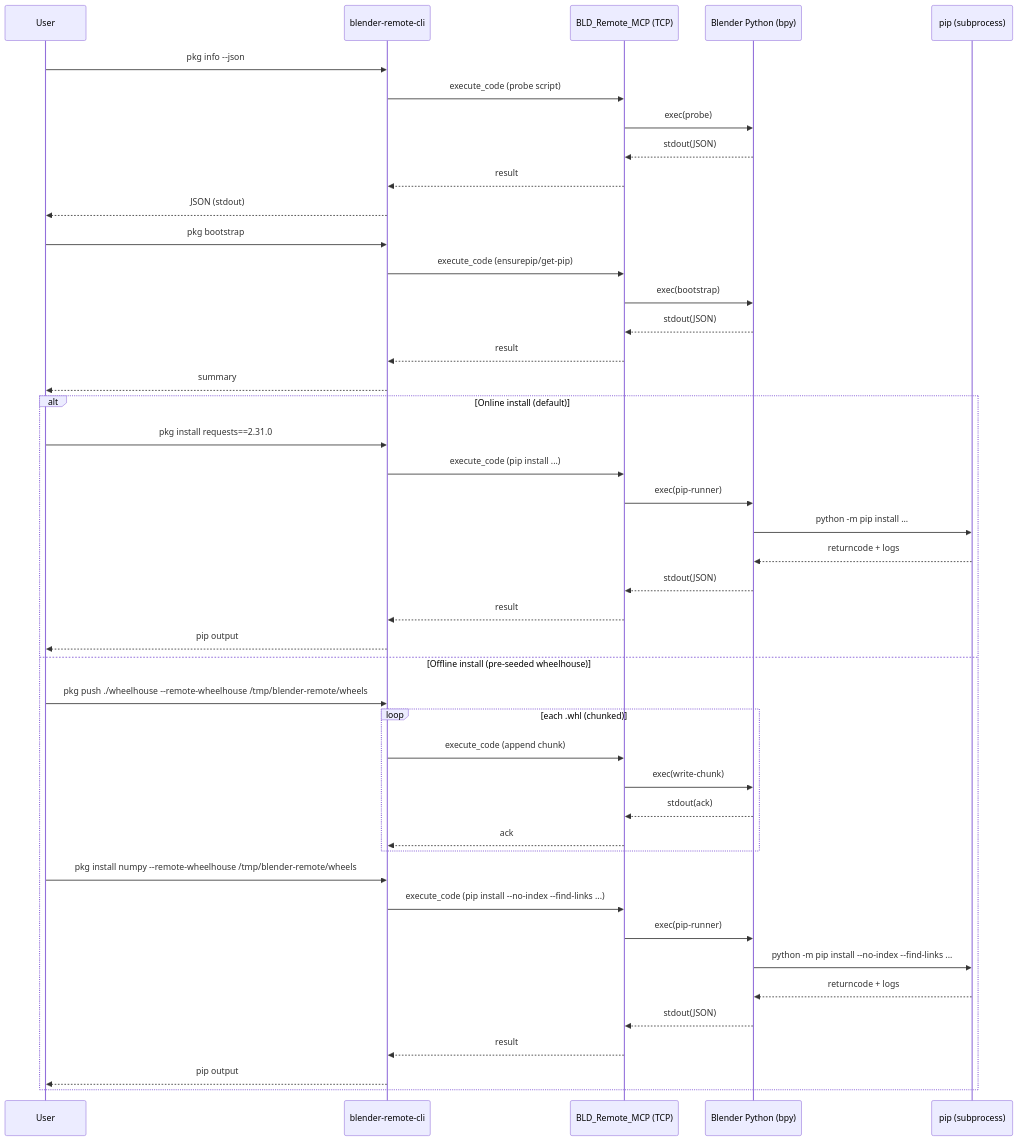
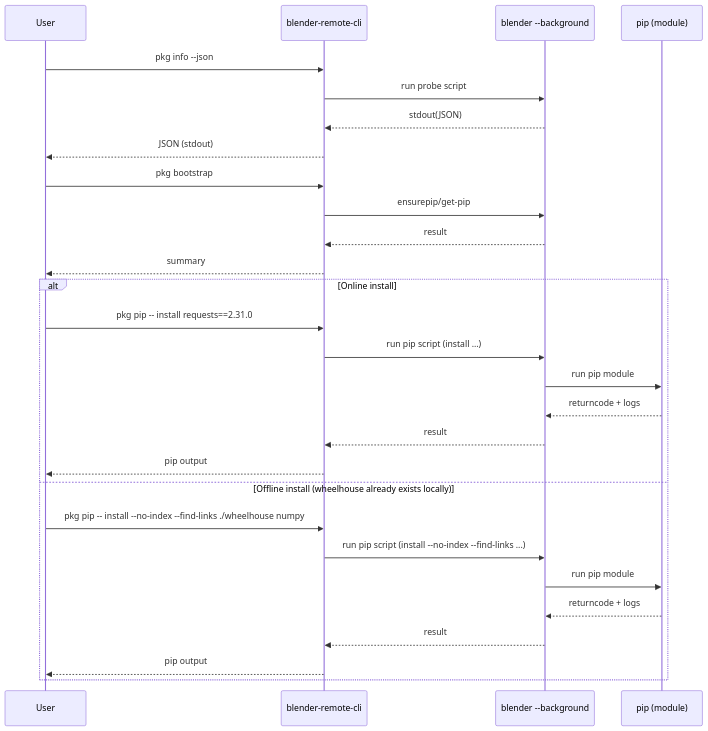
Before and after one commit to igamenovoer/blender-remote: the diagram in context/plans/plan-remote-package-installation-cli.md, drawn with Mermaid. The commit also changed other lines of this file and 25 other files, not shown here.

Commit message:
feat(cli): re-scope pkg to local blender background runs

````diff
--- a/context/plans/plan-remote-package-installation-cli.md
+++ b/context/plans/plan-remote-package-installation-cli.md
@@ -93,49 +72,33 @@
 ```mermaid
 sequenceDiagram
     participant User
     participant CLI as blender-remote-cli
-    participant MCP as BLD_Remote_MCP (TCP)
-    participant Blender as Blender Python (bpy)
-    participant Pip as pip (subprocess)
+    participant Blender as blender --background
+    participant Pip as pip (module)
 
     User->>CLI: pkg info --json
-    CLI->>MCP: execute_code (probe script)
-    MCP->>Blender: exec(probe)
-    Blender-->>MCP: stdout(JSON)
-    MCP-->>CLI: result
+    CLI->>Blender: run probe script
+    Blender-->>CLI: stdout(JSON)
     CLI-->>User: JSON (stdout)
 
     User->>CLI: pkg bootstrap
-    CLI->>MCP: execute_code (ensurepip/get-pip)
-    MCP->>Blender: exec(bootstrap)
-    Blender-->>MCP: stdout(JSON)
-    MCP-->>CLI: result
+    CLI->>Blender: ensurepip/get-pip
+    Blender-->>CLI: result
     CLI-->>User: summary
 
-    alt Online install (default)
-        User->>CLI: pkg install requests==2.31.0
-        CLI->>MCP: execute_code (pip install ...)
-        MCP->>Blender: exec(pip-runner)
-        Blender->>Pip: python -m pip install ...
+    alt Online install
+        User->>CLI: pkg pip -- install requests==2.31.0
+        CLI->>Blender: run pip script (install ...)
+        Blender->>Pip: run pip module
         Pip-->>Blender: returncode + logs
-        Blender-->>MCP: stdout(JSON)
-        MCP-->>CLI: result
+        Blender-->>CLI: result
         CLI-->>User: pip output
-    else Offline install (pre-seeded wheelhouse)
-        User->>CLI: pkg push ./wheelhouse --remote-wheelhouse /tmp/blender-remote/wheels
-        loop each .whl (chunked)
-            CLI->>MCP: execute_code (append chunk)
-            MCP->>Blender: exec(write-chunk)
-            Blender-->>MCP: stdout(ack)
-            MCP-->>CLI: ack
-        end
-        User->>CLI: pkg install numpy --remote-wheelhouse /tmp/blender-remote/wheels
-        CLI->>MCP: execute_code (pip install --no-index --find-links ...)
-        MCP->>Blender: exec(pip-runner)
-        Blender->>Pip: python -m pip install --no-index --find-links ...
+    else Offline install (wheelhouse already exists locally)
+        User->>CLI: pkg pip -- install --no-index --find-links ./wheelhouse numpy
+        CLI->>Blender: run pip script (install --no-index --find-links ...)
+        Blender->>Pip: run pip module
         Pip-->>Blender: returncode + logs
-        Blender-->>MCP: stdout(JSON)
-        MCP-->>CLI: result
+        Blender-->>CLI: result
         CLI-->>User: pip output
     end
 ```
````
